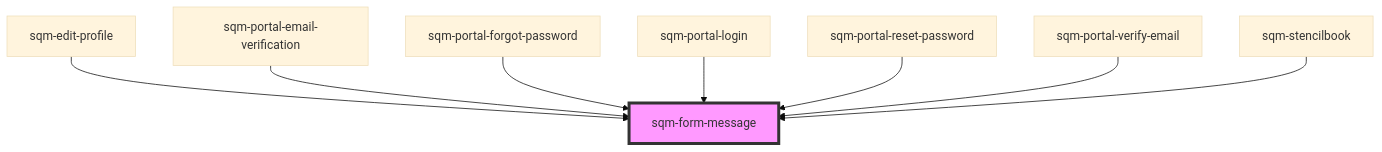
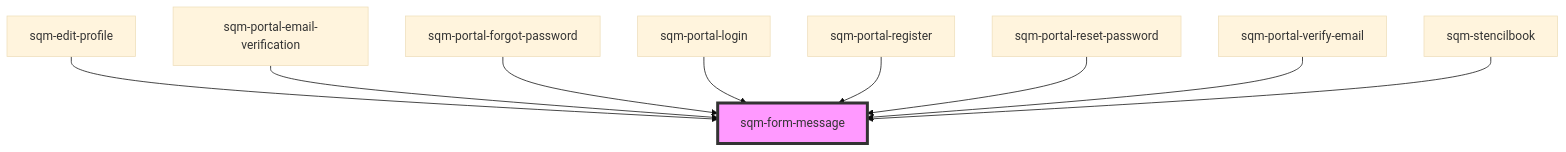
Before and after one commit to saasquatch/program-tools: the diagram in packages/mint-components/src/components/sqm-form-message/readme.md, drawn with Mermaid (base theme). The commit also changed 8 other files, not shown here.

Commit message:
IH: early implementation of portal register hook

````diff
--- a/packages/mint-components/src/components/sqm-form-message/readme.md
+++ b/packages/mint-components/src/components/sqm-form-message/readme.md
@@ -24,11 +24,12 @@
 ```mermaid
 graph TD;
   sqm-edit-profile --> sqm-form-message
   sqm-portal-email-verification --> sqm-form-message
   sqm-portal-forgot-password --> sqm-form-message
   sqm-portal-login --> sqm-form-message
+  sqm-portal-register --> sqm-form-message
   sqm-portal-reset-password --> sqm-form-message
   sqm-portal-verify-email --> sqm-form-message
   sqm-stencilbook --> sqm-form-message
   style sqm-form-message fill:#f9f,stroke:#333,stroke-width:4px
 ```
````
